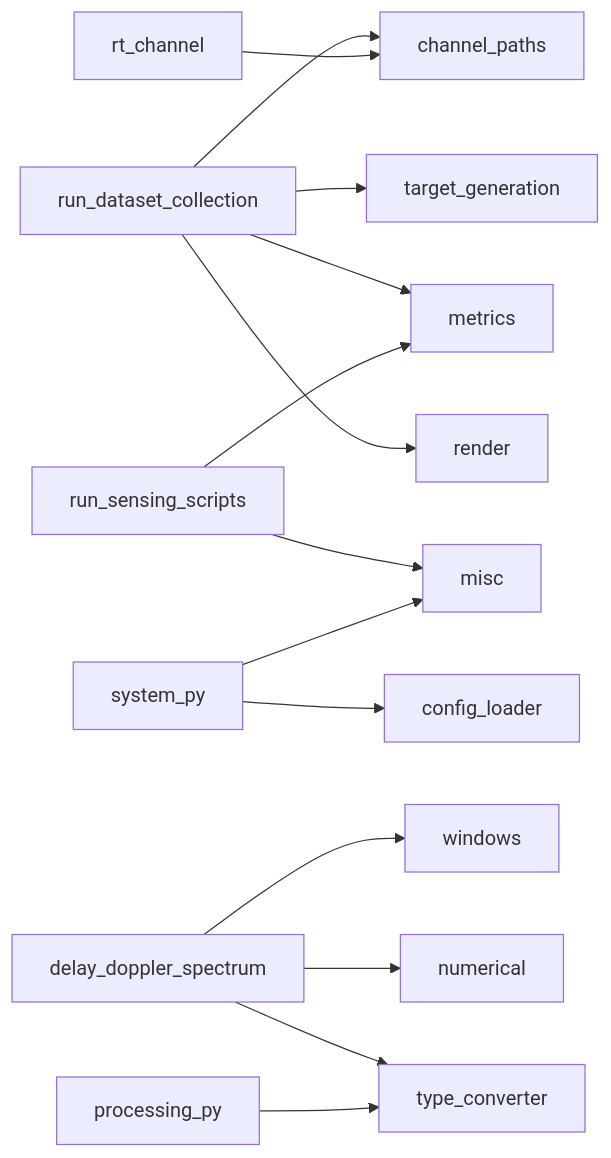
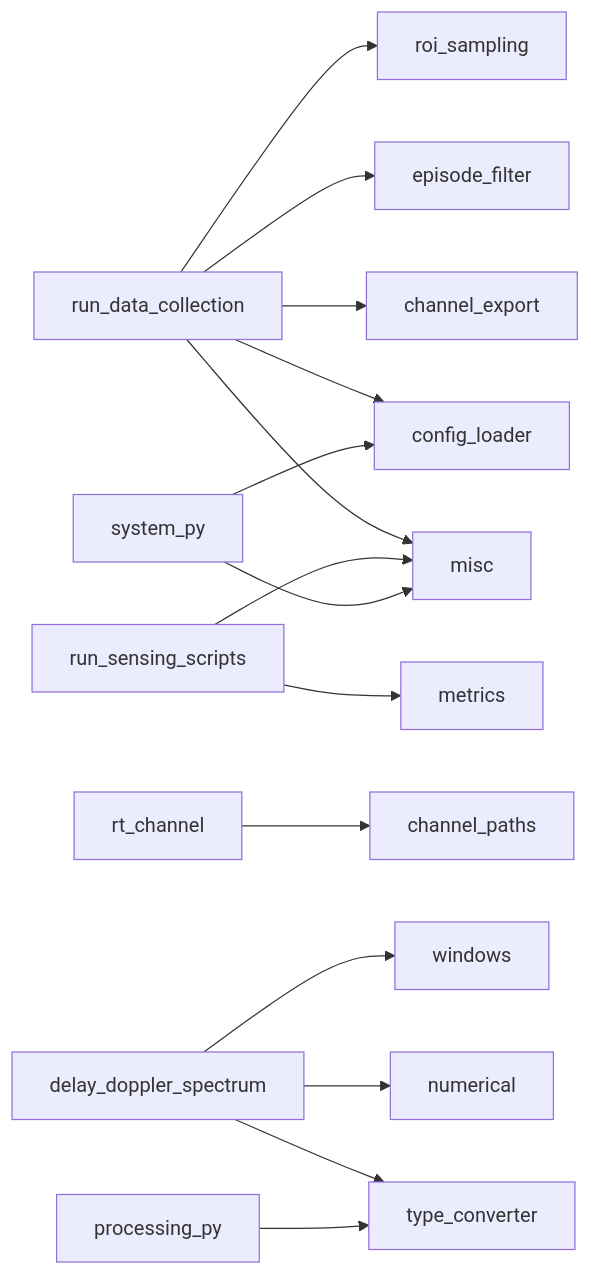
Before and after one commit to GitLinhp/isac: the diagram in docs/utils-functions.md, drawn with Mermaid. The commit also changed other lines of this file and 8 other files, not shown here.

````diff
--- a/docs/utils-functions.md
+++ b/docs/utils-functions.md
@@ -77,16 +74,17 @@
 ```mermaid
 flowchart LR
-  run_dataset_collection --> channel_paths
-  run_dataset_collection --> target_generation
-  run_dataset_collection --> metrics
-  run_dataset_collection --> render
+  run_data_collection --> roi_sampling
+  run_data_collection --> episode_filter
+  run_data_collection --> channel_export
+  run_data_collection --> config_loader
+  run_data_collection --> misc
   run_sensing_scripts --> metrics
   run_sensing_scripts --> misc
   system_py --> config_loader
   system_py --> misc
   rt_channel --> channel_paths
   delay_doppler_spectrum --> windows
   delay_doppler_spectrum --> numerical
   delay_doppler_spectrum --> type_converter
   processing_py --> type_converter
 ```
````
